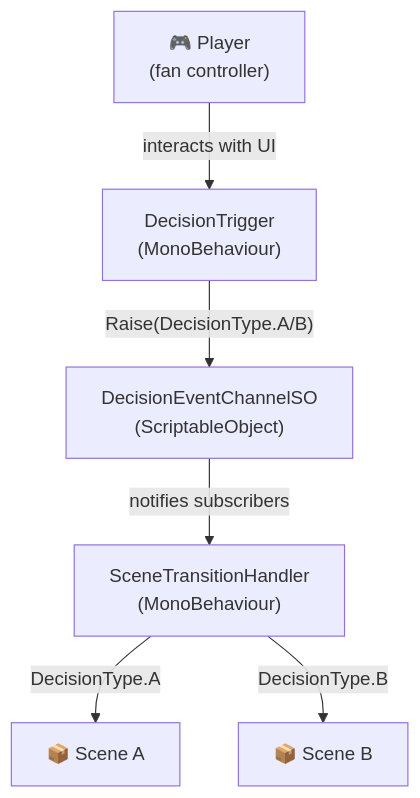
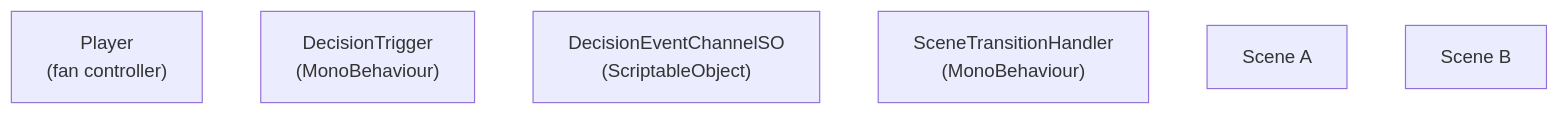
One commit to GonzaloAsencio/Ventilador changed the first of 3 diagrams in README.md. Above: the diagram before and after it, drawn with Mermaid. The commit also changed other lines of this file, not shown here.

````diff
--- a/README.md
+++ b/README.md
@@ -12,15 +12,9 @@
 ```mermaid
 flowchart TD
-    Player["🎮 Player\n(fan controller)"]
+    Player["Player\n(fan controller)"]
     Trigger["DecisionTrigger\n(MonoBehaviour)"]
     Channel["DecisionEventChannelSO\n(ScriptableObject)"]
     Handler["SceneTransitionHandler\n(MonoBehaviour)"]
-    SceneA["📦 Scene A"]
-    SceneB["📦 Scene B"]
-
-    Player -->|"interacts with UI"| Trigger
-    Trigger -->|"Raise(DecisionType.A/B)"| Channel
-    Channel -->|"notifies subscribers"| Handler
-    Handler -->|"DecisionType.A"| SceneA
-    Handler -->|"DecisionType.B"| SceneB
+    SceneA["Scene A"]
+    SceneB["Scene B"]
 ```
````
